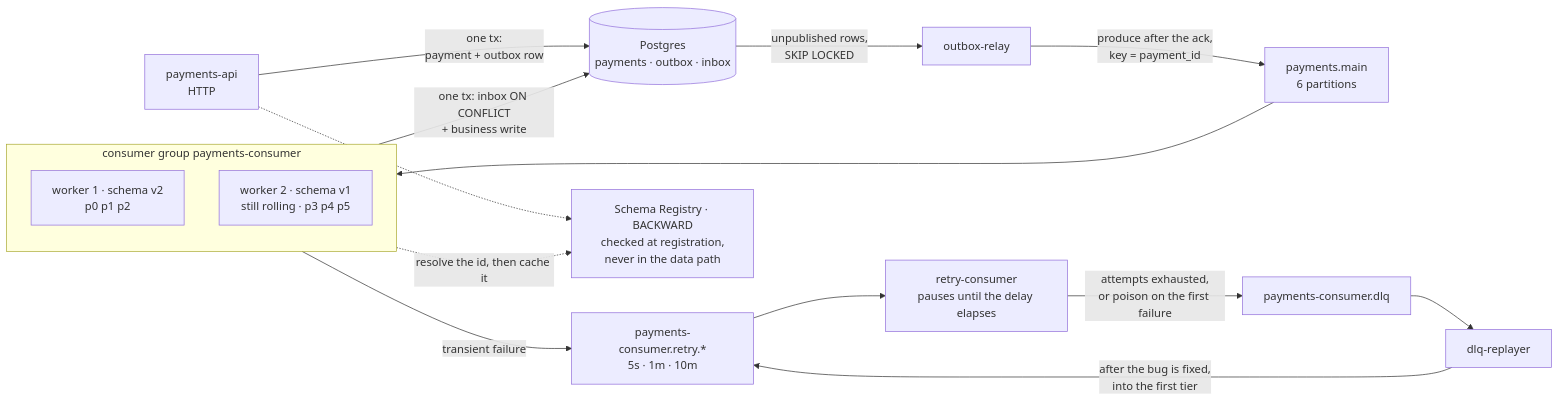
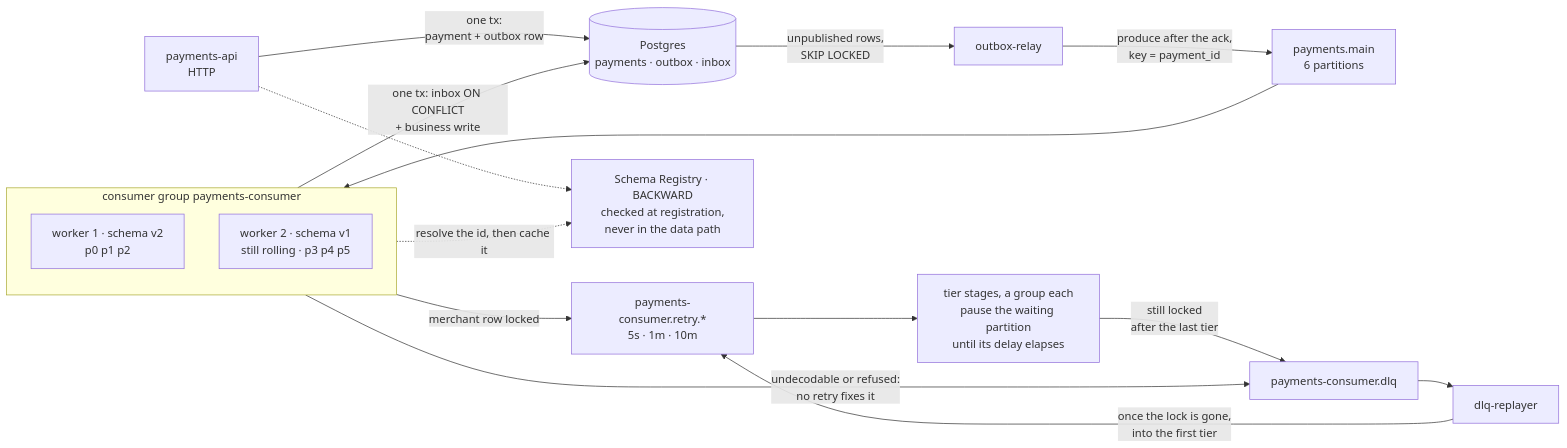
Before and after one commit to DmytroLysenko1/Kafka-lab: the diagram in README.md, drawn with Mermaid. The commit also changed other lines of this file and 45 other files, not shown here.

````diff
--- a/README.md
+++ b/README.md
@@ -180,24 +183,25 @@
 ```mermaid
 flowchart LR
     API["payments-api<br/>HTTP"] -->|"one tx:<br/>payment + outbox row"| PG[("Postgres<br/>payments · outbox · inbox")]
     PG -->|"unpublished rows,<br/>SKIP LOCKED"| REL["outbox-relay"]
     REL -->|"produce after the ack,<br/>key = payment_id"| MAIN["payments.main<br/>6 partitions"]
     MAIN --> CG
 
     subgraph CG["consumer group payments-consumer"]
         direction TB
         W1["worker 1 · schema v2<br/>p0 p1 p2"]
         W2["worker 2 · schema v1<br/>still rolling · p3 p4 p5"]
     end
 
-    CG -->|"transient failure"| RETRY["payments-consumer.retry.*<br/>5s · 1m · 10m"]
-    RETRY --> RC["retry-consumer<br/>pauses until the delay elapses"]
-    RC -->|"attempts exhausted,<br/>or poison on the first failure"| DLQ["payments-consumer.dlq"]
+    CG -->|"merchant row locked"| RETRY["payments-consumer.retry.*<br/>5s · 1m · 10m"]
+    RETRY --> RC["tier stages, a group each<br/>pause the waiting partition<br/>until its delay elapses"]
+    RC -->|"still locked<br/>after the last tier"| DLQ["payments-consumer.dlq"]
+    CG -->|"undecodable or refused:<br/>no retry fixes it"| DLQ
     DLQ --> RP["dlq-replayer"]
-    RP -->|"after the bug is fixed,<br/>into the first tier"| RETRY
+    RP -->|"once the lock is gone,<br/>into the first tier"| RETRY
     CG -->|"one tx: inbox ON CONFLICT<br/>+ business write"| PG
 
     SR["Schema Registry · BACKWARD<br/>checked at registration,<br/>never in the data path"]
     API -.-> SR
     CG -.->|"resolve the id, then cache it"| SR
 ```
````
